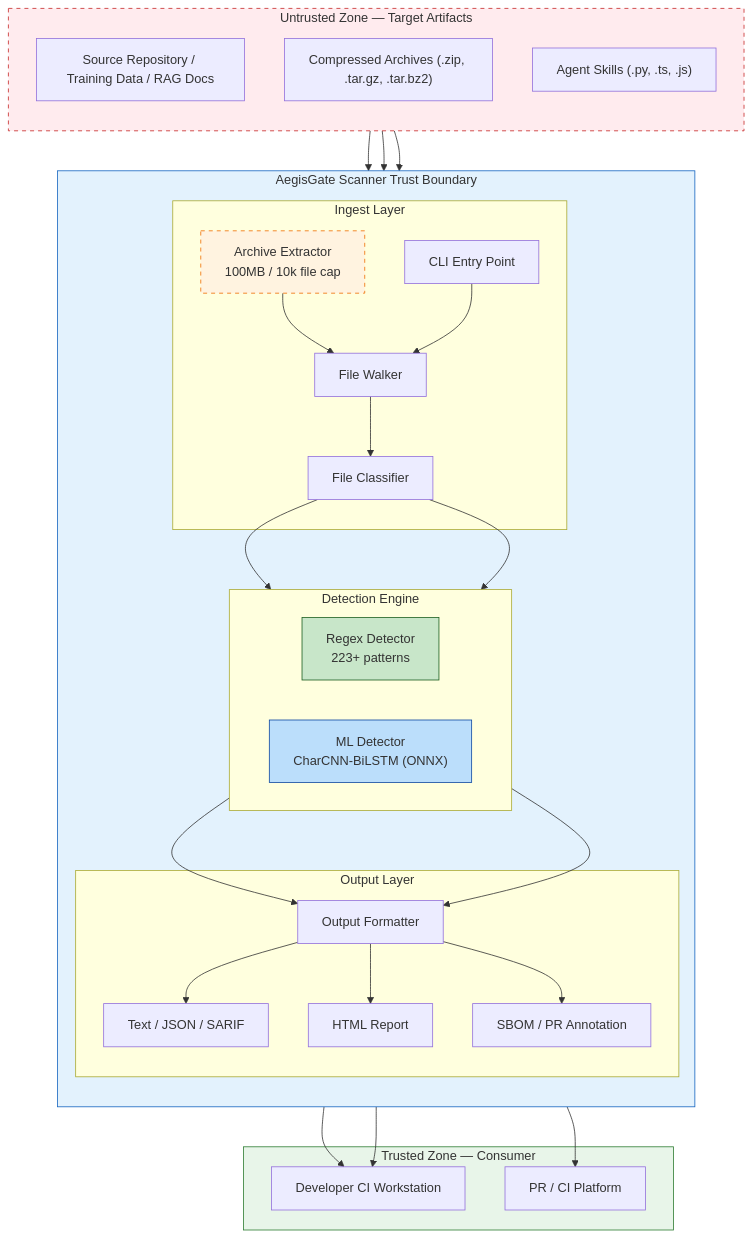
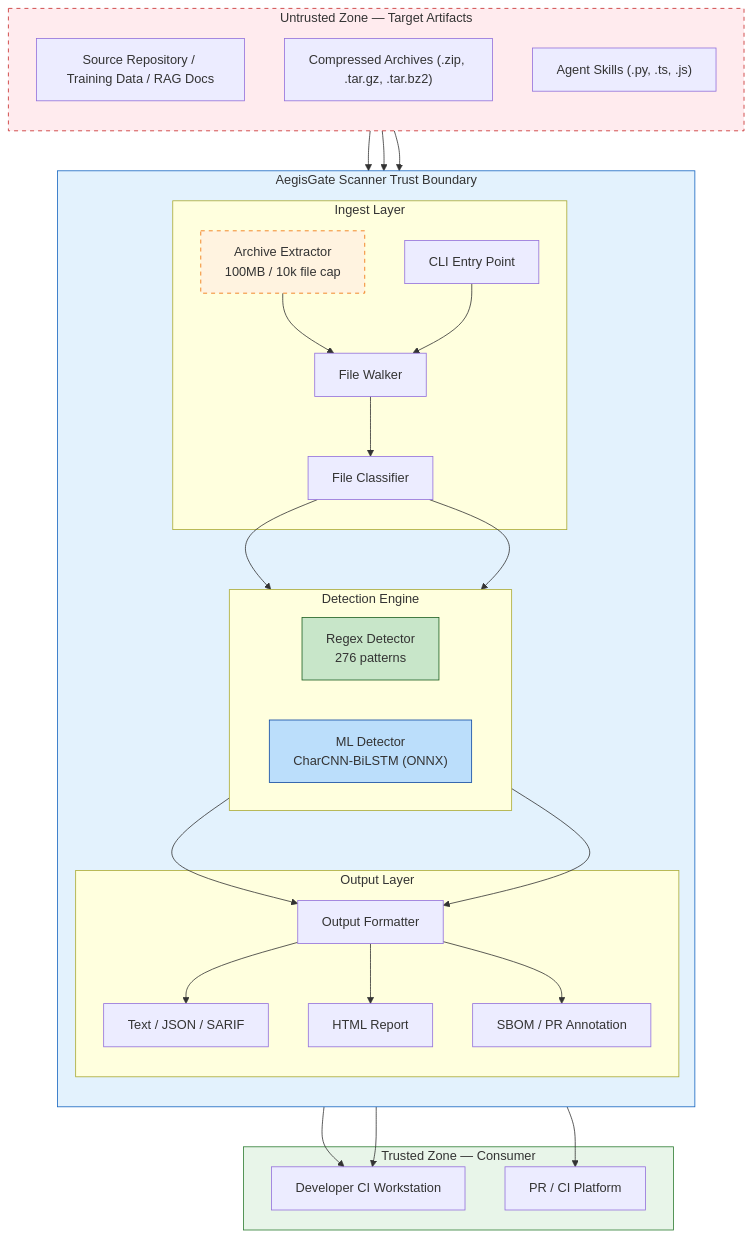
Before and after one commit to actions-marketplace-validations/aegisgatesecurity_aegisgate-scanner: the diagram in docs/threat-model.md, drawn with Mermaid. The commit also changed other lines of this file and 9 other files, not shown here.

````diff
--- a/docs/threat-model.md
+++ b/docs/threat-model.md
@@ -58,63 +58,63 @@
 ```mermaid
 %%{init: {'theme': 'default'}}%%
 flowchart TB
     subgraph Untrusted["Untrusted Zone — Target Artifacts"]
         direction TB
         SourceRepo["Source Repository / Training Data / RAG Docs"]
         Archive["Compressed Archives (.zip, .tar.gz, .tar.bz2)"]
         AgentSkills["Agent Skills (.py, .ts, .js)"]
     end
 
     subgraph ScannerBoundary["AegisGate Scanner Trust Boundary"]
         direction TB
 
         subgraph Ingest["Ingest Layer"]
             CLI["CLI Entry Point"]
             Walker["File Walker"]
             ArchiveExt["Archive Extractor\n100MB / 10k file cap"]
             Classifier["File Classifier"]
         end
 
         subgraph Detection["Detection Engine"]
             direction LR
-            RegexDet["Regex Detector\n223+ patterns"]
+            RegexDet["Regex Detector\n276 patterns"]
             MLDet["ML Detector\nCharCNN-BiLSTM (ONNX)"]
         end
 
         subgraph Output["Output Layer"]
             Formatter["Output Formatter"]
             TextOut["Text / JSON / SARIF"]
             HTMLOut["HTML Report"]
             SBOMOut["SBOM / PR Annotation"]
         end
     end
 
     subgraph Trusted["Trusted Zone — Consumer"]
         DevWorkstation["Developer CI Workstation"]
         PRPlatform["PR / CI Platform"]
     end
 
     SourceRepo --> Walker
     Archive --> ArchiveExt
     ArchiveExt --> Walker
     AgentSkills --> Walker
     CLI --> Walker
     Walker --> Classifier
     Classifier --> RegexDet
     Classifier --> MLDet
     RegexDet --> Formatter
     MLDet --> Formatter
     Formatter --> TextOut
     Formatter --> HTMLOut
     Formatter --> SBOMOut
     TextOut --> DevWorkstation
     HTMLOut --> DevWorkstation
     SBOMOut --> PRPlatform
 
     style Untrusted fill:#ffebee,stroke:#c62828,stroke-dasharray: 5 5
     style ScannerBoundary fill:#e3f2fd,stroke:#1565c0
     style Trusted fill:#e8f5e9,stroke:#2e7d32
     style ArchiveExt fill:#fff3e0,stroke:#ef6c00,stroke-dasharray: 5 5
     style MLDet fill:#bbdefb,stroke:#0d47a1
     style RegexDet fill:#c8e6c9,stroke:#1b5e20
 ```
````
